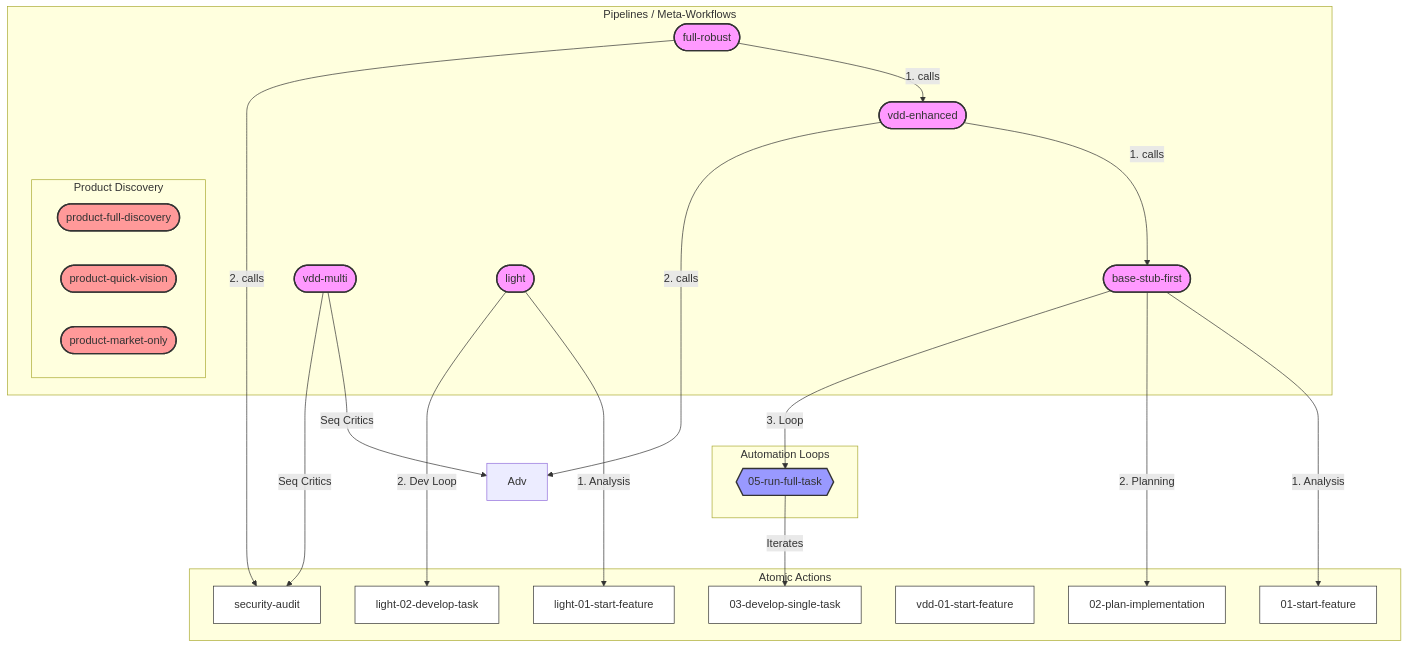
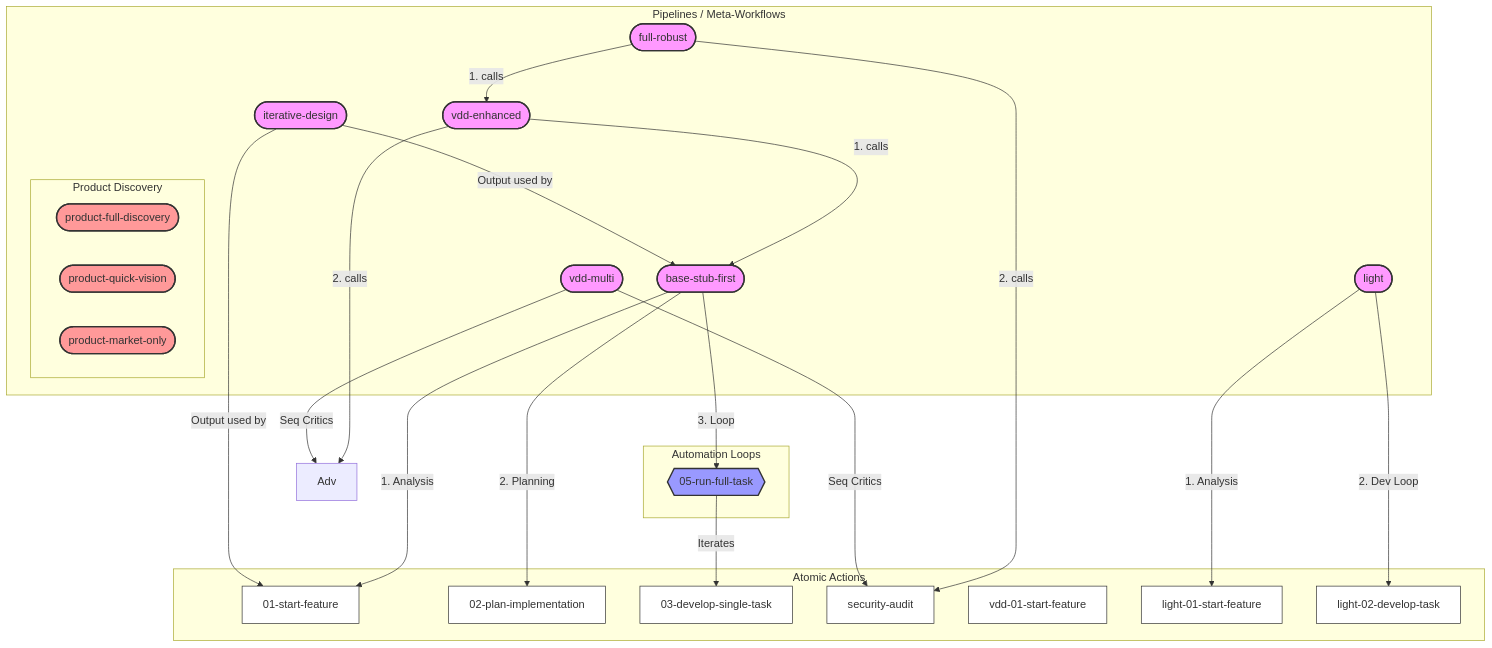
One commit to MatrixFounder/Agents-development changed the first of 3 diagrams in System/Docs/WORKFLOWS.md. Above: the diagram before and after it, drawn with Mermaid. The commit also changed other lines of this file and 8 other files, not shown here.

Commit message:
Iterative Design & VDD Robustness

````diff
--- a/System/Docs/WORKFLOWS.md
+++ b/System/Docs/WORKFLOWS.md
@@ -28,61 +28,67 @@
 ```mermaid
 graph TD
     %% Nodes styling
     classDef pipeline fill:#f9f,stroke:#333,stroke-width:2px;
     classDef loop fill:#99f,stroke:#333,stroke-width:2px;
     classDef atomic fill:#fff,stroke:#333,stroke-width:1px;
 
     %% Meta-Pipelines
     subgraph Pipelines [Pipelines / Meta-Workflows]
         Base([base-stub-first]):::pipeline
         VDDE([vdd-enhanced]):::pipeline
         Robust([full-robust]):::pipeline
         VDDMulti([vdd-multi]):::pipeline
         VDDMulti([vdd-multi]):::pipeline
         Light([light]):::pipeline
         
         subgraph Product [Product Discovery]
             ProdFull([product-full-discovery]):::prod
             ProdQuick([product-quick-vision]):::prod
             ProdMark([product-market-only]):::prod
         end
+
+        %% Iterative Design
+        Iterative([iterative-design]):::pipeline
     end
 
     %% Styles for Product
     classDef prod fill:#ff9999,stroke:#333,stroke-width:2px;
 
     %% Automation Loops
     subgraph Loops [Automation Loops]
         RunAll{{05-run-full-task}}:::loop
     end
 
     %% Atomic Actions
     subgraph Atomic [Atomic Actions]
         Start[01-start-feature]:::atomic
         Plan[02-plan-implementation]:::atomic
         Dev[03-develop-single-task]:::atomic
         Sec[security-audit]:::atomic
         VDDStart[vdd-01-start-feature]:::atomic
         LightStart[light-01-start-feature]:::atomic
         LightDev[light-02-develop-task]:::atomic
     end
 
     %% Relationships
     Robust -->|1. calls| VDDE
     Robust -->|2. calls| Sec
 
     VDDE -->|1. calls| Base
     VDDE -->|2. calls| Adv
 
     Base -->|1. Analysis| Start
     Base -->|2. Planning| Plan
     Base -->|3. Loop| RunAll
 
     RunAll -->|Iterates| Dev
     
     VDDMulti -->|Seq Critics| Adv
     VDDMulti -->|Seq Critics| Sec
 
     Light -->|1. Analysis| LightStart
     Light -->|2. Dev Loop| LightDev
+
+    Iterative -->|Output used by| Start
+    Iterative -->|Output used by| Base
 ```
````
